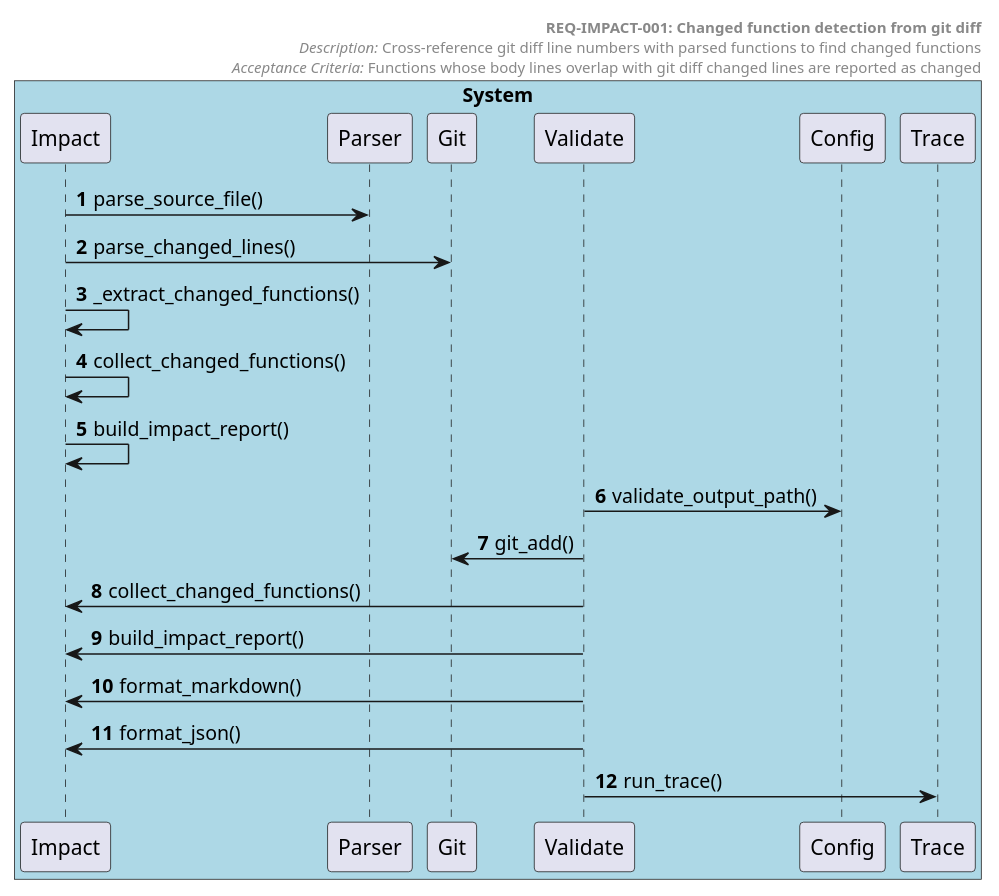
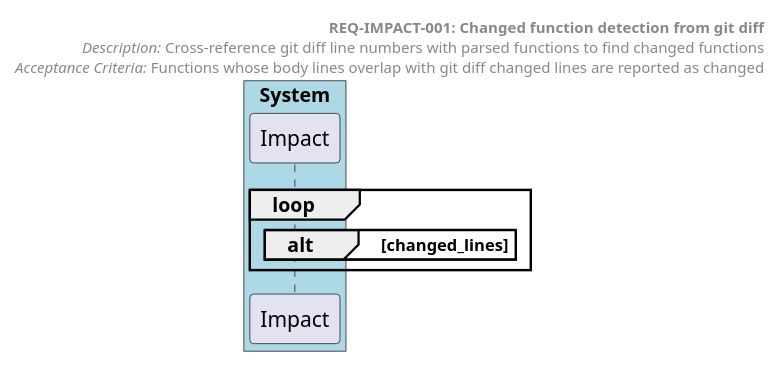
Before and after one commit to tvanfossen/doxygen-guard: the diagram in docs/generated/sequences/REQ-IMPACT-001.puml, drawn with PlantUML. The commit also changed 35 other files, not shown here.

First line of the commit message:
Add tree-sitter AST pipeline for behavioral sequence diagrams

```diff
--- a/docs/generated/sequences/REQ-IMPACT-001.puml
+++ b/docs/generated/sequences/REQ-IMPACT-001.puml
@@ -1,33 +1,20 @@
 @startuml REQ-IMPACT-001 Changed function detection from git diff
 autonumber
 
 box "System" #LightBlue
   participant "Impact" as Impact
-  participant "Parser" as Parser
-  participant "Git" as Git
-  participant "Validate" as Validate
-  participant "Config" as Config
-  participant "Trace" as Trace
 end box
 
 header
   **REQ-IMPACT-001: Changed function detection from git diff**
   //Description:// Cross-reference git diff line numbers with parsed functions to find changed functions
   //Acceptance Criteria:// Functions whose body lines overlap with git diff changed lines are reported as changed
 end header
 
 
-Impact -> Parser: parse_source_file()
-Impact -> Git: parse_changed_lines()
-Impact -> Impact: _extract_changed_functions()
-Impact -> Impact: collect_changed_functions()
-Impact -> Impact: build_impact_report()
-Validate -> Config: validate_output_path()
-Validate -> Git: git_add()
-Validate -> Impact: collect_changed_functions()
-Validate -> Impact: build_impact_report()
-Validate -> Impact: format_markdown()
-Validate -> Impact: format_json()
-Validate -> Trace: run_trace()
+loop
+alt changed_lines
+end alt
+end loop
 
 @enduml
```
